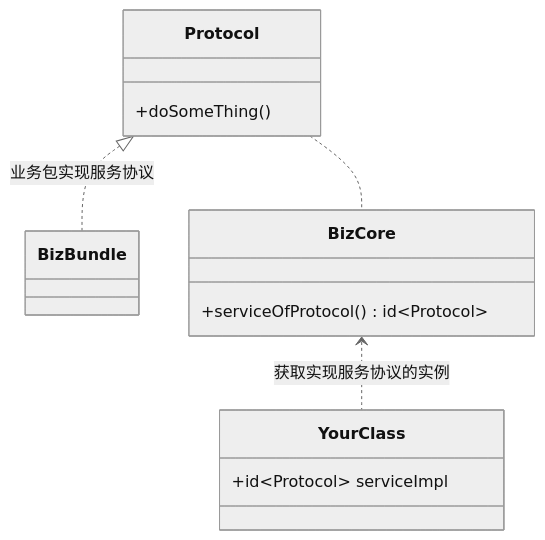
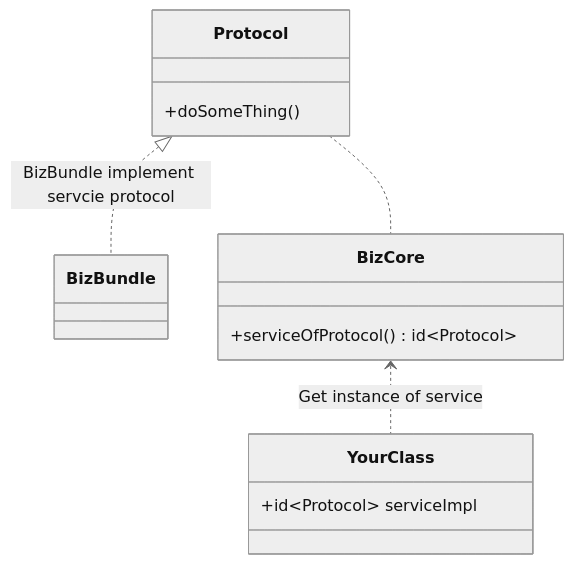
One commit to JacobJacob/tuyasmart_bizbundle_ios_doc changed the first of 2 diagrams in en/README.md. Above: the diagram before and after it, drawn with Mermaid (neutral theme). The commit also changed other lines of this file, not shown here.

````diff
--- a/en/README.md
+++ b/en/README.md
@@ -25,17 +25,17 @@
 ```mermaid
 classDiagram
-    Protocol <|.. BizBundle : 业务包实现服务协议
+    Protocol <|.. BizBundle : BizBundle implement servcie protocol
     Protocol .. BizCore
-    BizCore <.. YourClass : 获取实现服务协议的实例
+    BizCore <.. YourClass : Get instance of service
     class Protocol{
         +doSomeThing()
     }
     class BizCore{
         +serviceOfProtocol() id~Protocol~
     }
     class BizBundle{
     }
     class YourClass{
         +id~Protocol~ serviceImpl
     }
 ```
````
